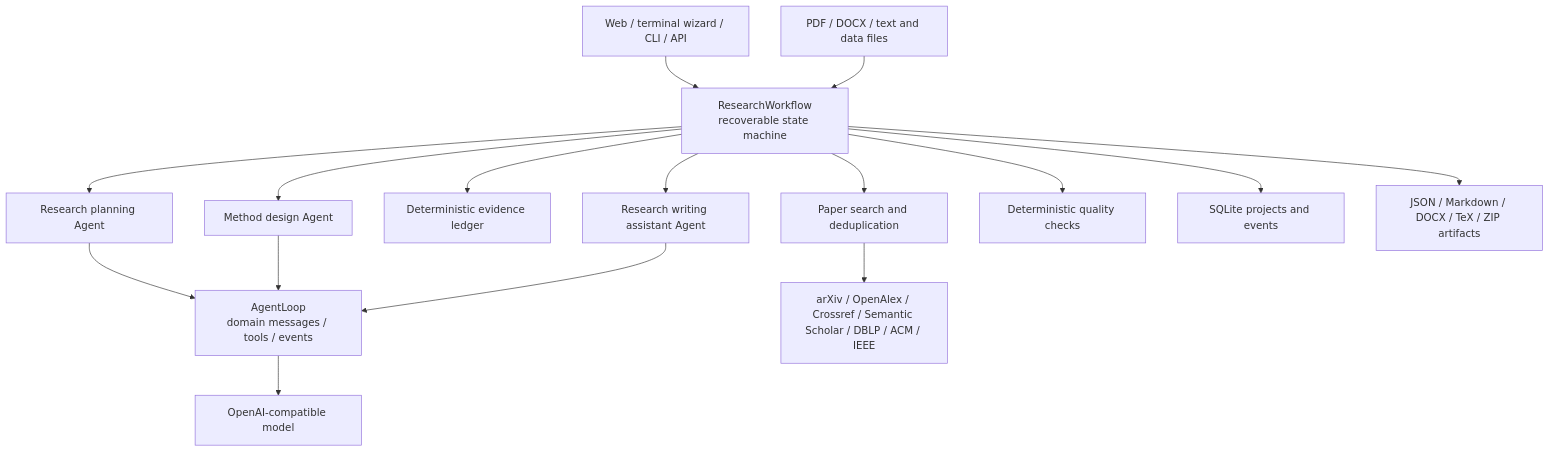
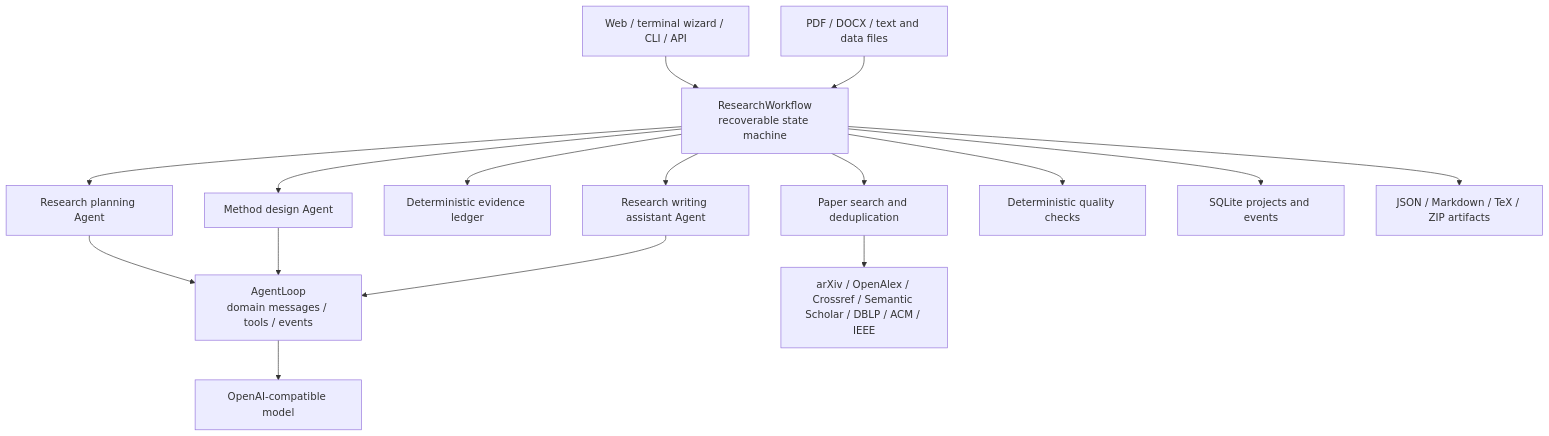
One commit to lyufeiyu/scholaros changed the first of 2 diagrams in docs/architecture.md. Above: the diagram before and after it, drawn with Mermaid. The commit also changed other lines of this file and 70 other files, not shown here.

````diff
--- a/docs/architecture.md
+++ b/docs/architecture.md
@@ -11,16 +11,16 @@
 ```mermaid
 flowchart TB
     UI["Web / terminal wizard / CLI / API"] --> WF["ResearchWorkflow<br/>recoverable state machine"]
     WF --> RA["Research planning Agent"]
     WF --> LS["Paper search and deduplication"]
     WF --> ES["Deterministic evidence ledger"]
     WF --> MD["Method design Agent"]
     WF --> WR["Research writing assistant Agent"]
     WF --> CR["Deterministic quality checks"]
     RA & MD & WR --> RT["AgentLoop<br/>domain messages / tools / events"]
     RT --> LLM["OpenAI-compatible model"]
     LS --> SRC["arXiv / OpenAlex / Crossref / Semantic Scholar / DBLP / ACM / IEEE"]
     WF --> STORE["SQLite projects and events"]
-    WF --> ART["JSON / Markdown / DOCX / TeX / ZIP artifacts"]
+    WF --> ART["JSON / Markdown / TeX / ZIP artifacts"]
     ING["PDF / DOCX / text and data files"] --> WF
 ```
````
